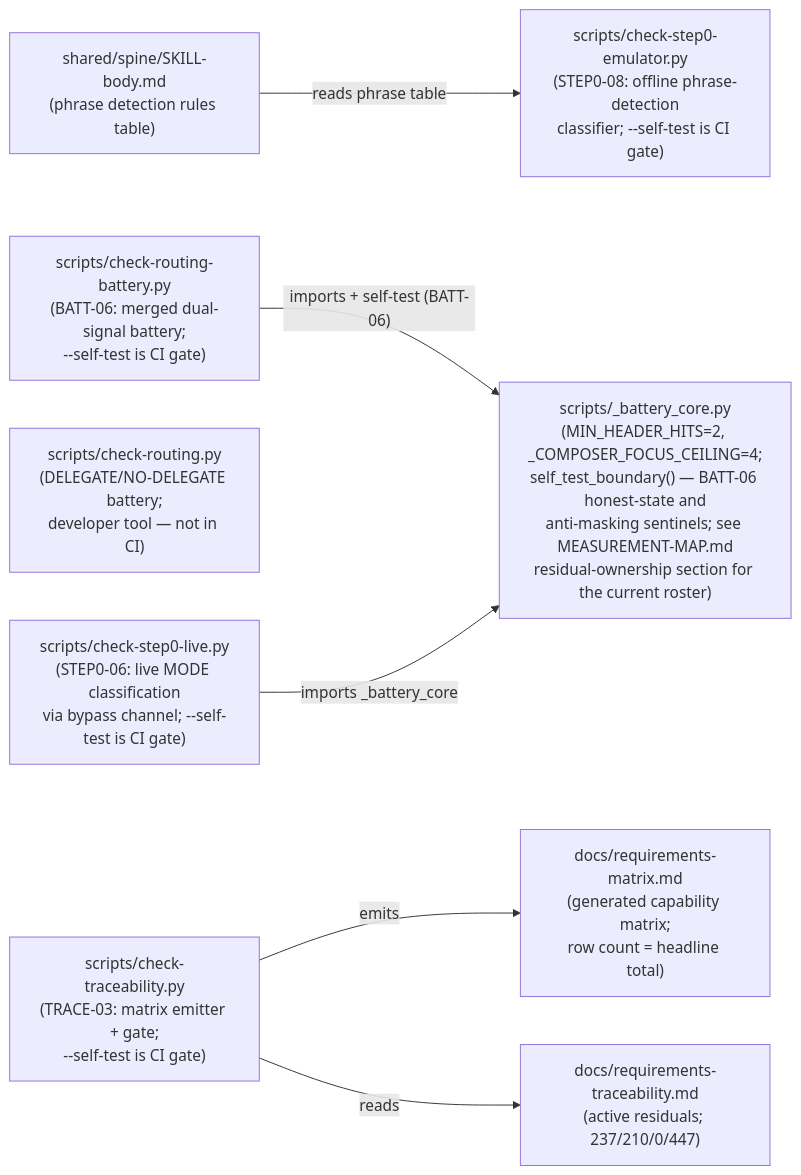
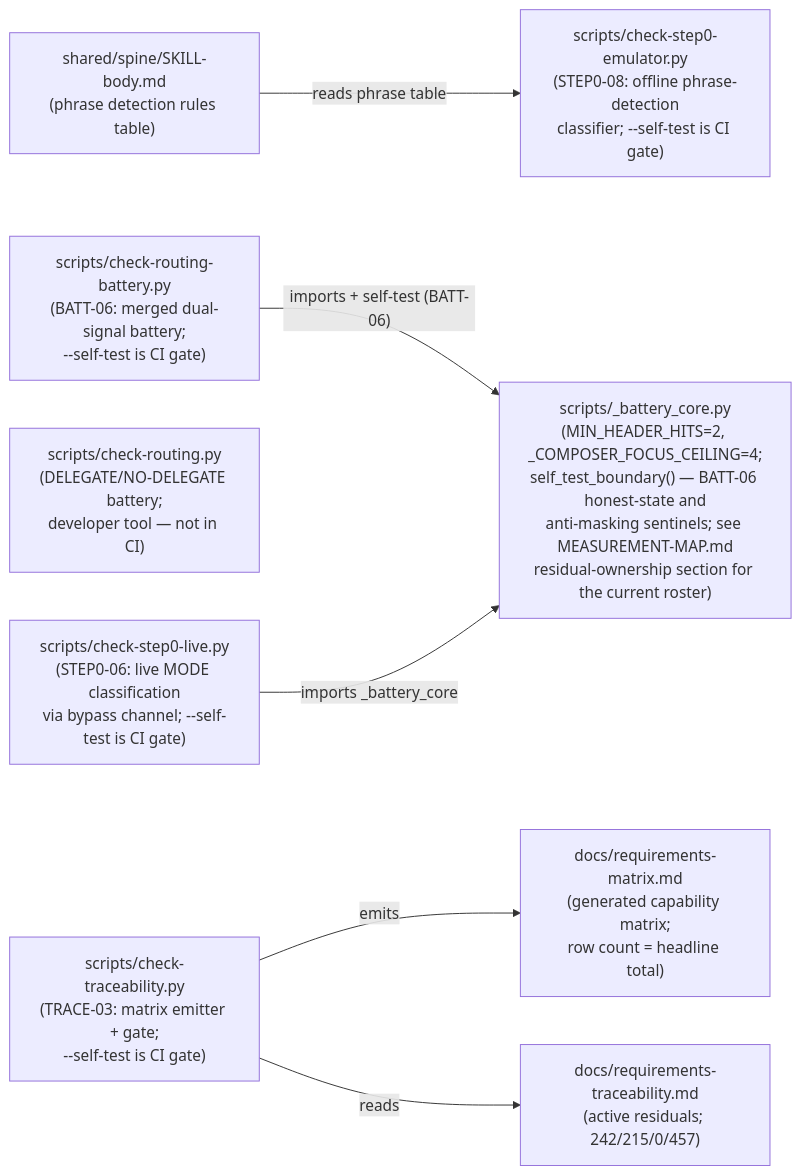
The second of 2 diagrams in docs/COMPONENT-DIAGRAM.md (chrisdavidson/first-principles-skill), drawn with Mermaid before and after one commit. The commit also changed 42 other files, not shown here.

````diff
--- a/docs/COMPONENT-DIAGRAM.md
+++ b/docs/COMPONENT-DIAGRAM.md
@@ -84,24 +84,24 @@
 ```mermaid
 flowchart LR
     SKILLBODY["shared/spine/SKILL-body.md\n(phrase detection rules table)"]
 
     CORE["scripts/_battery_core.py\n(MIN_HEADER_HITS=2, _COMPOSER_FOCUS_CEILING=4;\nself_test_boundary() — BATT-06 honest-state and\nanti-masking sentinels; see MEASUREMENT-MAP.md\nresidual-ownership section for the current roster)"]
 
     BATT["scripts/check-routing-battery.py\n(BATT-06: merged dual-signal battery;\n--self-test is CI gate)"]
     ROUTING["scripts/check-routing.py\n(DELEGATE/NO-DELEGATE battery;\ndeveloper tool — not in CI)"]
 
     EMU["scripts/check-step0-emulator.py\n(STEP0-08: offline phrase-detection\nclassifier; --self-test is CI gate)"]
     LIVE["scripts/check-step0-live.py\n(STEP0-06: live MODE classification\nvia bypass channel; --self-test is CI gate)"]
 
     TRACE["scripts/check-traceability.py\n(TRACE-03: matrix emitter + gate;\n--self-test is CI gate)"]
     MATRIX["docs/requirements-matrix.md\n(generated capability matrix;\nrow count = headline total)"]
-    TRACEABILITY["docs/requirements-traceability.md\n(active residuals; 237/210/0/447)"]
+    TRACEABILITY["docs/requirements-traceability.md\n(active residuals; 242/215/0/457)"]
 
     SKILLBODY -->|"reads phrase table"| EMU
 
     BATT -->|"imports + self-test (BATT-06)"| CORE
     LIVE -->|"imports _battery_core"| CORE
 
     TRACE -->|"emits"| MATRIX
     TRACE -->|"reads"| TRACEABILITY
 ```
````
